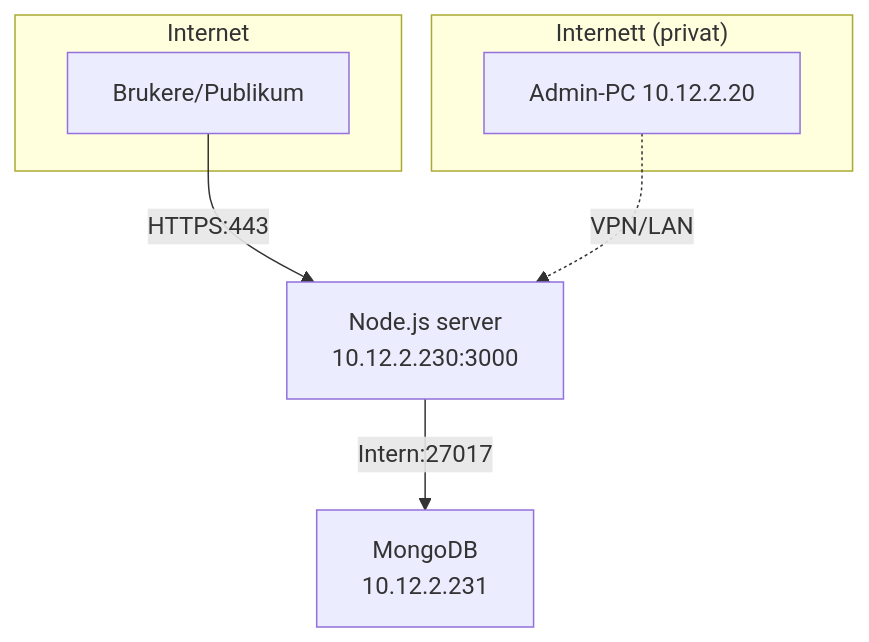
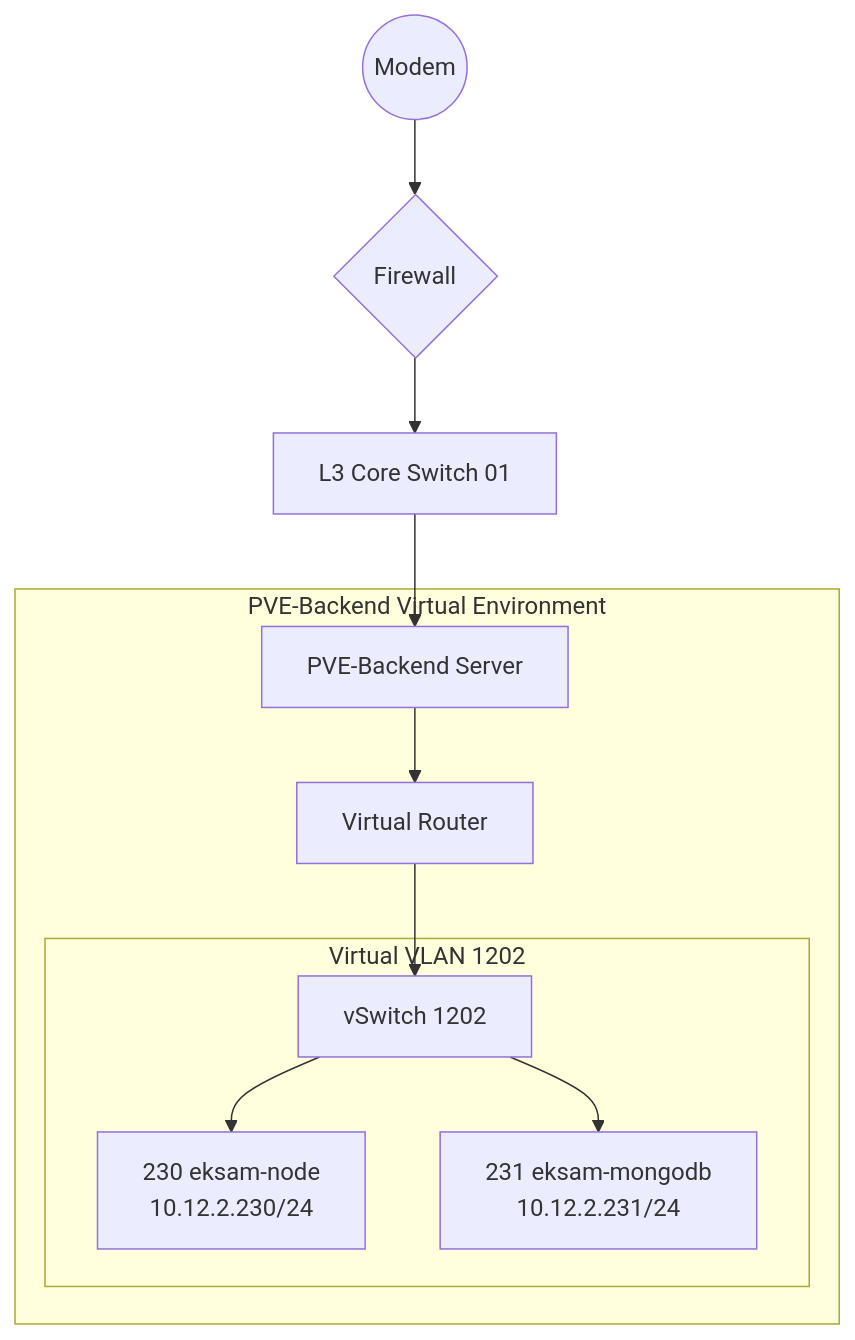
One commit to IdemuMD/idrett_kart changed the fourth of 4 diagrams in README.md. Above: the diagram before and after it, drawn with Mermaid. The commit also changed other lines of this file and 14 other files, not shown here.

````diff
--- a/README.md
+++ b/README.md
@@ -91,13 +159,19 @@
 ```mermaid
-graph TB
-    subgraph INTERNETT["Internet"]
-        BRUKER[Brukere/Publikum]
+graph TD
+    Modem((Modem)) --> Firewall{Firewall}
+    Firewall --> L3Core01[L3 Core Switch 01]
+    L3Core01 --> PVE_Back[PVE-Backend Server]
+
+    subgraph PVE_Backend_Hypervisor [PVE-Backend Virtual Environment]
+        VRouter[Virtual Router]
+
+        subgraph V_VLAN_1202 [Virtual VLAN 1202]
+            VSwitch2[vSwitch 1202]
+            VSwitch2 --> VM230[230 eksam-node<br/>10.12.2.230/24]
+            VSwitch2 --> VM231[231 eksam-mongodb<br/>10.12.2.231/24]
+        end
+        
+        PVE_Back --> VRouter
+        VRouter --> VSwitch2
     end
-    BRUKER -->|HTTPS:443| WEBSERVER[Node.js server<br/>10.12.2.230:3000]
-    WEBSERVER -->|Intern:27017| MONGODB[MongoDB<br/>10.12.2.231]
-    
-    subgraph "Internett (privat)"
-        ADMINPC[Admin-PC 10.12.2.20]
-    end
-    ADMINPC -.->|VPN/LAN| WEBSERVER
 ```
````
